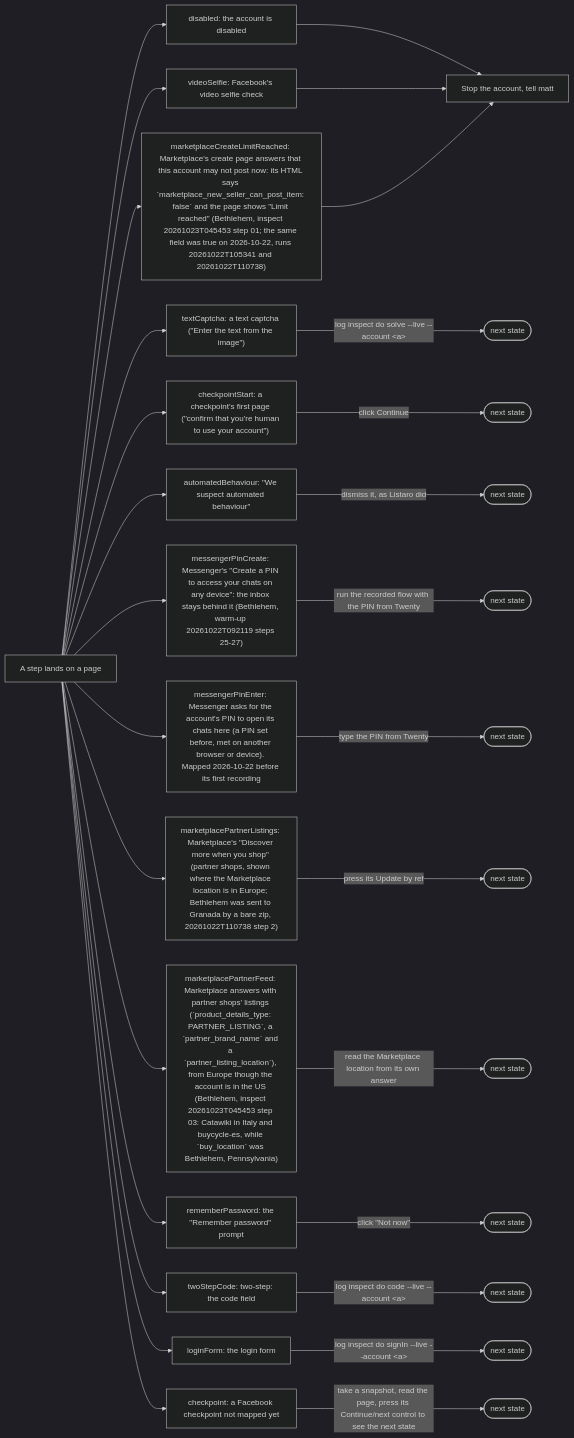
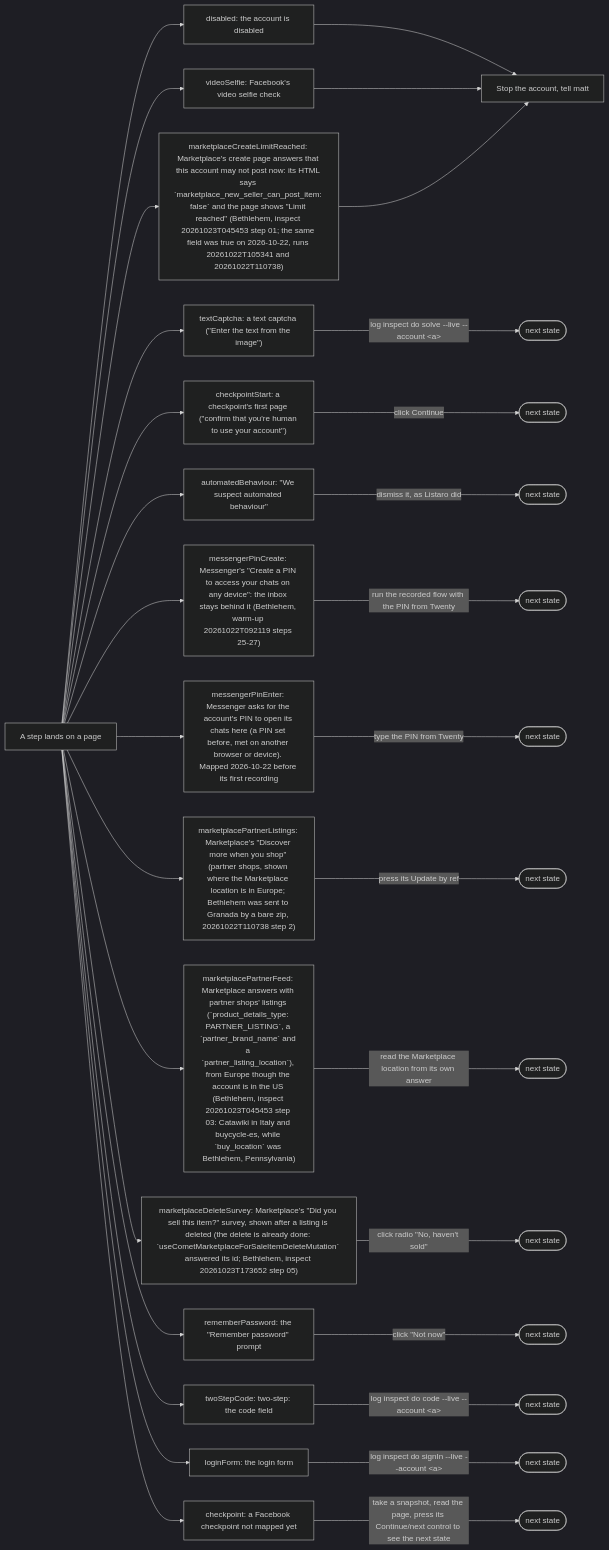
Before and after one commit to matthewdonsemail-lab/log: the fifth of 5 diagrams in README.md, drawn with Mermaid (dark theme). The commit also changed other lines of this file and 44 other files, not shown here.

Commit message:
feat: log facebook listing remove deletes a listing through its recorded flow and sets it REMOVED in Twenty

````diff
--- a/README.md
+++ b/README.md
@@ -475,47 +479,50 @@
 ```mermaid
 flowchart LR
   page["A step lands on a page"]
   person["Stop the account, tell matt"]
   disabled["disabled: the account is disabled"]
   page --> disabled
   disabled --> person
   videoSelfie["videoSelfie: Facebook's video selfie check"]
   page --> videoSelfie
   videoSelfie --> person
   textCaptcha["textCaptcha: a text captcha (#quot;Enter the text from the image#quot;)"]
   page --> textCaptcha
   textCaptcha -->|"log inspect do solve --live --account #lt;a#gt;"| nexttextCaptcha(["next state"])
   checkpointStart["checkpointStart: a checkpoint's first page (#quot;confirm that you're human to use your account#quot;)"]
   page --> checkpointStart
   checkpointStart -->|"click Continue"| nextcheckpointStart(["next state"])
   automatedBehaviour["automatedBehaviour: #quot;We suspect automated behaviour#quot;"]
   page --> automatedBehaviour
   automatedBehaviour -->|"dismiss it, as Listaro did"| nextautomatedBehaviour(["next state"])
   messengerPinCreate["messengerPinCreate: Messenger's #quot;Create a PIN to access your chats on any device#quot;: the inbox stays behind it (Bethlehem, warm-up 20261022T092119 steps 25-27)"]
   page --> messengerPinCreate
   messengerPinCreate -->|"run the recorded flow with the PIN from Twenty"| nextmessengerPinCreate(["next state"])
   messengerPinEnter["messengerPinEnter: Messenger asks for the account's PIN to open its chats here (a PIN set before, met on another browser or device). Mapped 2026-10-22 before its first recording"]
   page --> messengerPinEnter
   messengerPinEnter -->|"type the PIN from Twenty"| nextmessengerPinEnter(["next state"])
   marketplacePartnerListings["marketplacePartnerListings: Marketplace's #quot;Discover more when you shop#quot; (partner shops, shown where the Marketplace location is in Europe#59; Bethlehem was sent to Granada by a bare zip, 20261022T110738 step 2)"]
   page --> marketplacePartnerListings
   marketplacePartnerListings -->|"press its Update by ref"| nextmarketplacePartnerListings(["next state"])
   marketplaceCreateLimitReached["marketplaceCreateLimitReached: Marketplace's create page answers that this account may not post now: its HTML says `marketplace_new_seller_can_post_item: false` and the page shows #quot;Limit reached#quot; (Bethlehem, inspect 20261023T045453 step 01#59; the same field was true on 2026-10-22, runs 20261022T105341 and 20261022T110738)"]
   page --> marketplaceCreateLimitReached
   marketplaceCreateLimitReached --> person
   marketplacePartnerFeed["marketplacePartnerFeed: Marketplace answers with partner shops' listings (`product_details_type: PARTNER_LISTING`, a `partner_brand_name` and a `partner_listing_location`), from Europe though the account is in the US (Bethlehem, inspect 20261023T045453 step 03: Catawiki in Italy and buycycle-es, while `buy_location` was Bethlehem, Pennsylvania)"]
   page --> marketplacePartnerFeed
   marketplacePartnerFeed -->|"read the Marketplace location from its own answer"| nextmarketplacePartnerFeed(["next state"])
+  marketplaceDeleteSurvey["marketplaceDeleteSurvey: Marketplace's #quot;Did you sell this item?#quot; survey, shown after a listing is deleted (the delete is already done: `useCometMarketplaceForSaleItemDeleteMutation` answered its id#59; Bethlehem, inspect 20261023T173652 step 05)"]
+  page --> marketplaceDeleteSurvey
+  marketplaceDeleteSurvey -->|"click radio #quot;No, haven't sold#quot;"| nextmarketplaceDeleteSurvey(["next state"])
   rememberPassword["rememberPassword: the #quot;Remember password#quot; prompt"]
   page --> rememberPassword
   rememberPassword -->|"click #quot;Not now#quot;"| nextrememberPassword(["next state"])
   twoStepCode["twoStepCode: two-step: the code field"]
   page --> twoStepCode
   twoStepCode -->|"log inspect do code --live --account #lt;a#gt;"| nexttwoStepCode(["next state"])
   loginForm["loginForm: the login form"]
   page --> loginForm
   loginForm -->|"log inspect do signIn --live --account #lt;a#gt;"| nextloginForm(["next state"])
   checkpoint["checkpoint: a Facebook checkpoint not mapped yet"]
   page --> checkpoint
   checkpoint -->|"take a snapshot, read the page, press its Continue/next control to see the next state"| nextcheckpoint(["next state"])
 ```
````
